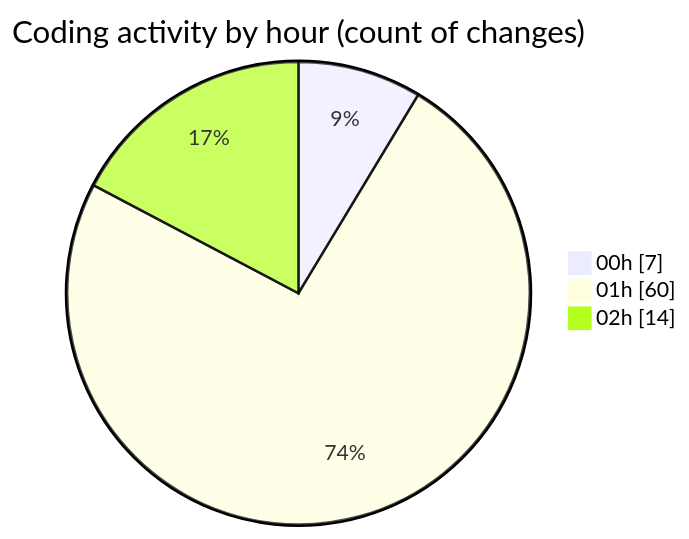
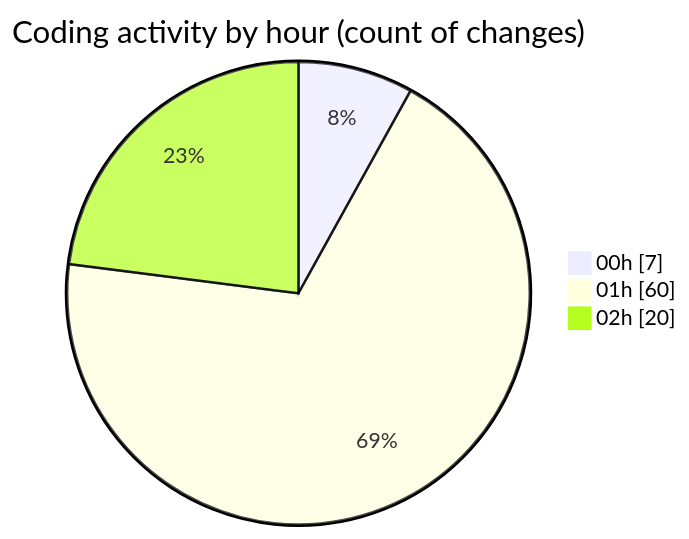
The second of 2 diagrams in 2025-10-07/eventscop-frontend-guide__workspace_/README.md (julien-gomy/code-tracking), drawn with Mermaid before and after one commit. The commit also changed other lines of this file and 1 other file, not shown here.

````diff
--- a/2025-10-07/eventscop-frontend-guide__workspace_/README.md
+++ b/2025-10-07/eventscop-frontend-guide__workspace_/README.md
@@ -74,7 +75,7 @@
 ```mermaid
 pie showData
 title Coding activity by hour (count of changes)
 "00h" : 7
 "01h" : 60
-"02h" : 14
+"02h" : 20
 ```
````
